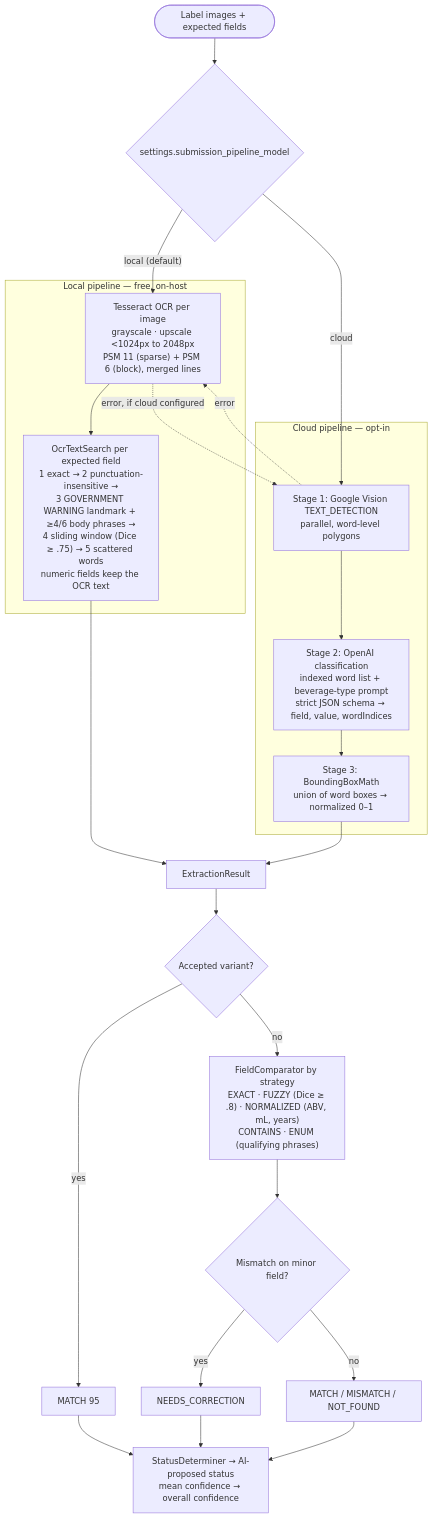
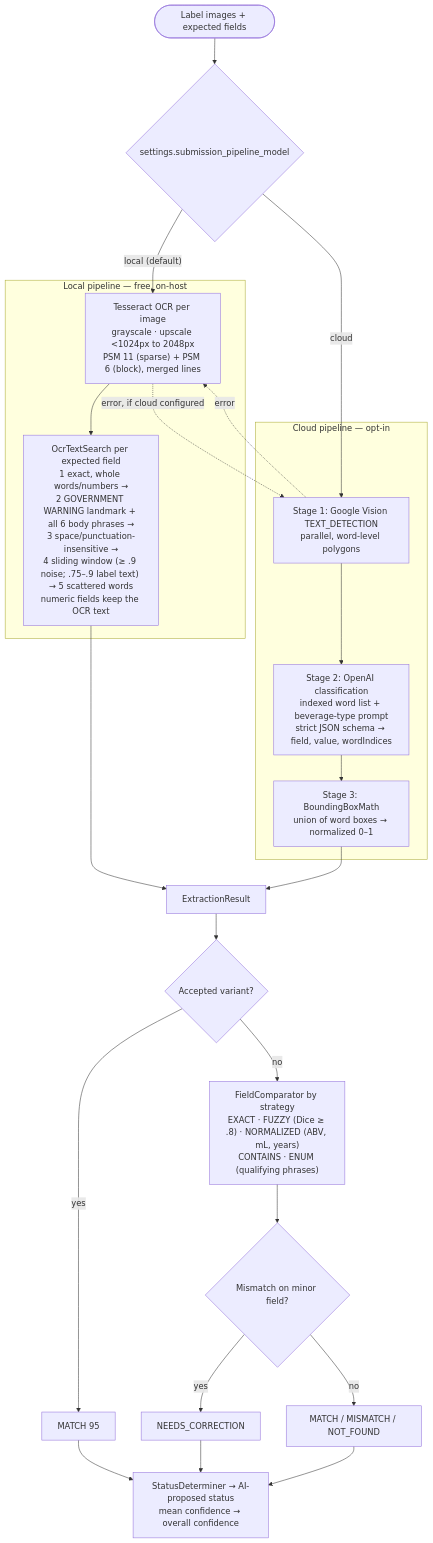
The fifth of 8 diagrams in docs/architecture.md (vin4kalyani-sudo/alc_label_verification), drawn with Mermaid before and after one commit. The commit also changed other lines of this file and 15 other files, not shown here.

````diff
--- a/docs/architecture.md
+++ b/docs/architecture.md
@@ -232,34 +232,34 @@
 ```mermaid
 flowchart TB
     start(["Label images + expected fields"]) --> setting{"settings.submission_pipeline_model"}
     setting -- "local (default)" --> L1
     setting -- "cloud" --> C1
 
     subgraph local["Local pipeline — free, on-host"]
         L1["Tesseract OCR per image<br/>grayscale · upscale &lt;1024px to 2048px<br/>PSM 11 (sparse) + PSM 6 (block), merged lines"]
-        L2["OcrTextSearch per expected field<br/>1 exact → 2 punctuation-insensitive →<br/>3 GOVERNMENT WARNING landmark + ≥4/6 body phrases →<br/>4 sliding window (Dice ≥ .75) → 5 scattered words<br/>numeric fields keep the OCR text"]
+        L2["OcrTextSearch per expected field<br/>1 exact, whole words/numbers →<br/>2 GOVERNMENT WARNING landmark + all 6 body phrases →<br/>3 space/punctuation-insensitive →<br/>4 sliding window (≥ .9 noise; .75–.9 label text) → 5 scattered words<br/>numeric fields keep the OCR text"]
         L1 --> L2
     end
 
     subgraph cloud["Cloud pipeline — opt-in"]
         C1["Stage 1: Google Vision TEXT_DETECTION<br/>parallel, word-level polygons"]
         C2["Stage 2: OpenAI classification<br/>indexed word list + beverage-type prompt<br/>strict JSON schema → field, value, wordIndices"]
         C3["Stage 3: BoundingBoxMath<br/>union of word boxes → normalized 0–1"]
         C1 --> C2 --> C3
     end
 
     L2 --> R["ExtractionResult"]
     C3 --> R
     C1 -. "error" .-> L1
     L1 -. "error, if cloud configured" .-> C1
 
     R --> V{"Accepted variant?"}
     V -- yes --> M["MATCH 95"]
     V -- no --> FC["FieldComparator by strategy<br/>EXACT · FUZZY (Dice ≥ .8) · NORMALIZED (ABV, mL, years)<br/>CONTAINS · ENUM (qualifying phrases)"]
     FC --> MI{"Mismatch on minor field?"}
     MI -- yes --> NC["NEEDS_CORRECTION"]
     MI -- no --> ST["MATCH / MISMATCH / NOT_FOUND"]
     M --> SD
     NC --> SD
     ST --> SD["StatusDeterminer → AI-proposed status<br/>mean confidence → overall confidence"]
 ```
````
